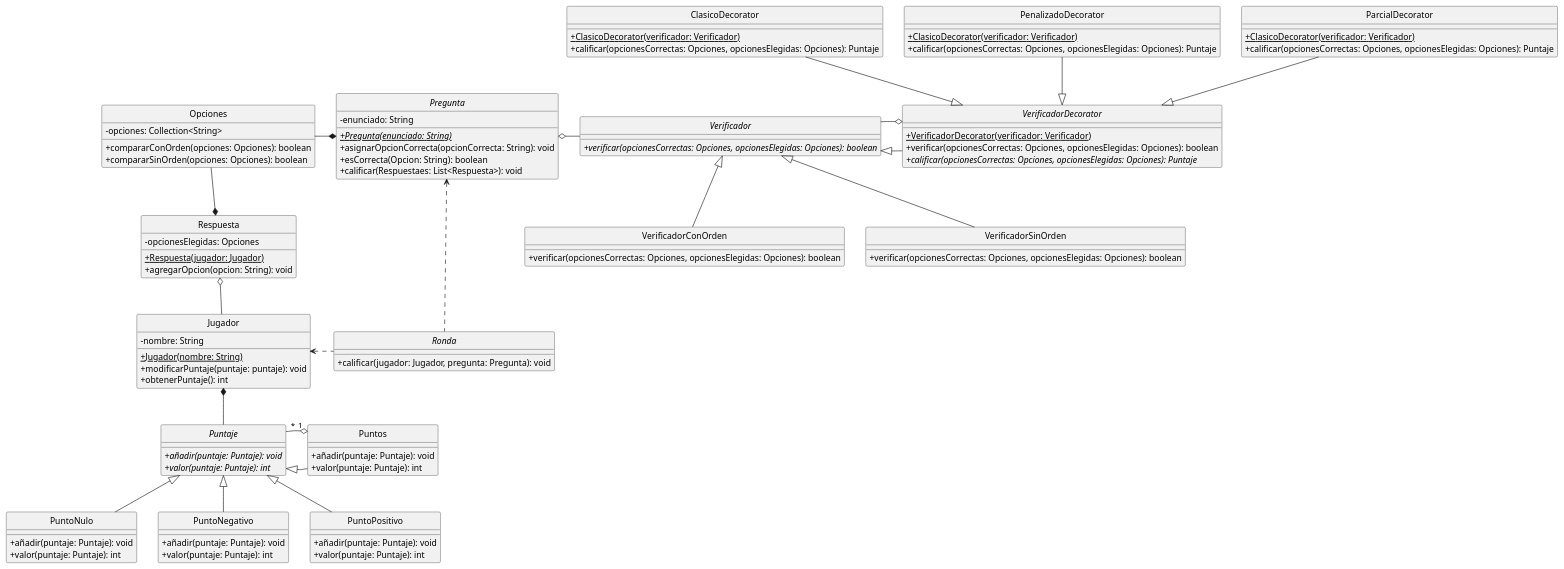
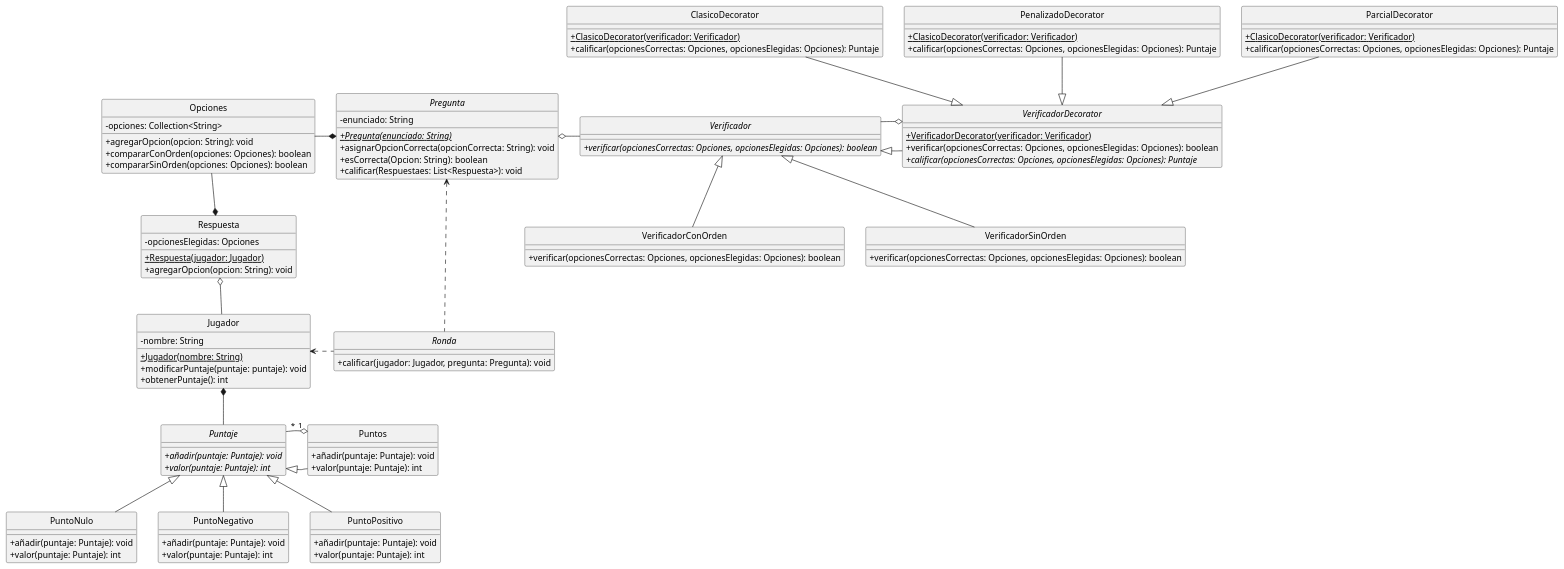
Before and after one commit to AmayaSantos/TP2-1: the diagram in src/main/java/edu/fiuba/algo3/modelo/diagramas/ModeloPosibleRefactorizacion.puml, drawn with PlantUML. The commit also changed 8 other files, not shown here.

```diff
--- a/src/main/java/edu/fiuba/algo3/modelo/diagramas/ModeloPosibleRefactorizacion.puml
+++ b/src/main/java/edu/fiuba/algo3/modelo/diagramas/ModeloPosibleRefactorizacion.puml
@@ -1,116 +1,117 @@
 @startuml
 hide circle
 skinparam classAttributeIconSize 0
 
 'Clases
 Class Opciones{
     -opciones: Collection<String>
+    +agregarOpcion(opcion: String): void
     +compararConOrden(opciones: Opciones): boolean
     +compararSinOrden(opciones: Opciones): boolean
 }
 
 Abstract Class Pregunta{
     -enunciado: String
     +{abstract}{static}Pregunta(enunciado: String)
     +asignarOpcionCorrecta(opcionCorrecta: String): void
     +esCorrecta(Opcion: String): boolean
     +calificar(Respuestaes: List<Respuesta>): void
 }
 
 Class Respuesta{
     -opcionesElegidas: Opciones
     +{static}Respuesta(jugador: Jugador)
     +agregarOpcion(opcion: String): void
 }
 
 Class Jugador{
     -nombre: String
     +{Static}Jugador(nombre: String)
     +modificarPuntaje(puntaje: puntaje): void
     +obtenerPuntaje(): int
 }
 
 Abstract Class Puntaje{
     +{abstract}añadir(puntaje: Puntaje): void
     +{abstract}valor(puntaje: Puntaje): int
 }
 
 Class Puntos{
     +añadir(puntaje: Puntaje): void
     +valor(puntaje: Puntaje): int
 }
 
 Class PuntoNulo{
     +añadir(puntaje: Puntaje): void
     +valor(puntaje: Puntaje): int
 }
 
 Class PuntoNegativo{
     +añadir(puntaje: Puntaje): void
     +valor(puntaje: Puntaje): int
 }
 
 Class PuntoPositivo{
     +añadir(puntaje: Puntaje): void
     +valor(puntaje: Puntaje): int
 }
 
 Interface Verificador{
     +{abstract}verificar(opcionesCorrectas: Opciones, opcionesElegidas: Opciones): boolean
 }
 
 Class VerificadorConOrden{
     +verificar(opcionesCorrectas: Opciones, opcionesElegidas: Opciones): boolean
 }
 
 Class VerificadorSinOrden{
     +verificar(opcionesCorrectas: Opciones, opcionesElegidas: Opciones): boolean
 }
 
 Abstract Class VerificadorDecorator{
     +{Static}VerificadorDecorator(verificador: Verificador)
     +verificar(opcionesCorrectas: Opciones, opcionesElegidas: Opciones): boolean
     +{abstract}calificar(opcionesCorrectas: Opciones, opcionesElegidas: Opciones): Puntaje
 }
 
 Class ClasicoDecorator{
     +{Static}ClasicoDecorator(verificador: Verificador)
     +calificar(opcionesCorrectas: Opciones, opcionesElegidas: Opciones): Puntaje
 }
 
 Class PenalizadoDecorator{
     +{Static}ClasicoDecorator(verificador: Verificador)
     +calificar(opcionesCorrectas: Opciones, opcionesElegidas: Opciones): Puntaje
 }
 
 Class ParcialDecorator{
     +{Static}ClasicoDecorator(verificador: Verificador)
     +calificar(opcionesCorrectas: Opciones, opcionesElegidas: Opciones): Puntaje
 }
 
 Abstract Class Ronda{
     +calificar(jugador: Jugador, pregunta: Pregunta): void
 }
 
 'Relaciones
 Respuesta o-- Jugador
 Pregunta *-left- Opciones
 Respuesta *-up- Opciones
 PuntoNegativo -up-|> Puntaje
 PuntoNulo -up-|> Puntaje
 PuntoPositivo -up-|> Puntaje
 Puntos -left-|> Puntaje
 Puntos "1" o-left- "*" Puntaje
 Jugador *-- Puntaje
 Pregunta o-right- Verificador
 VerificadorDecorator -left-|> Verificador
 VerificadorDecorator o-left- Verificador
 VerificadorSinOrden -up-|> Verificador
 VerificadorConOrden -up-|> Verificador
 ClasicoDecorator --|> VerificadorDecorator
 PenalizadoDecorator --|> VerificadorDecorator
 ParcialDecorator --|> VerificadorDecorator
 Ronda .left.> Jugador
 Ronda .left.> Pregunta
 
 @enduml
```
